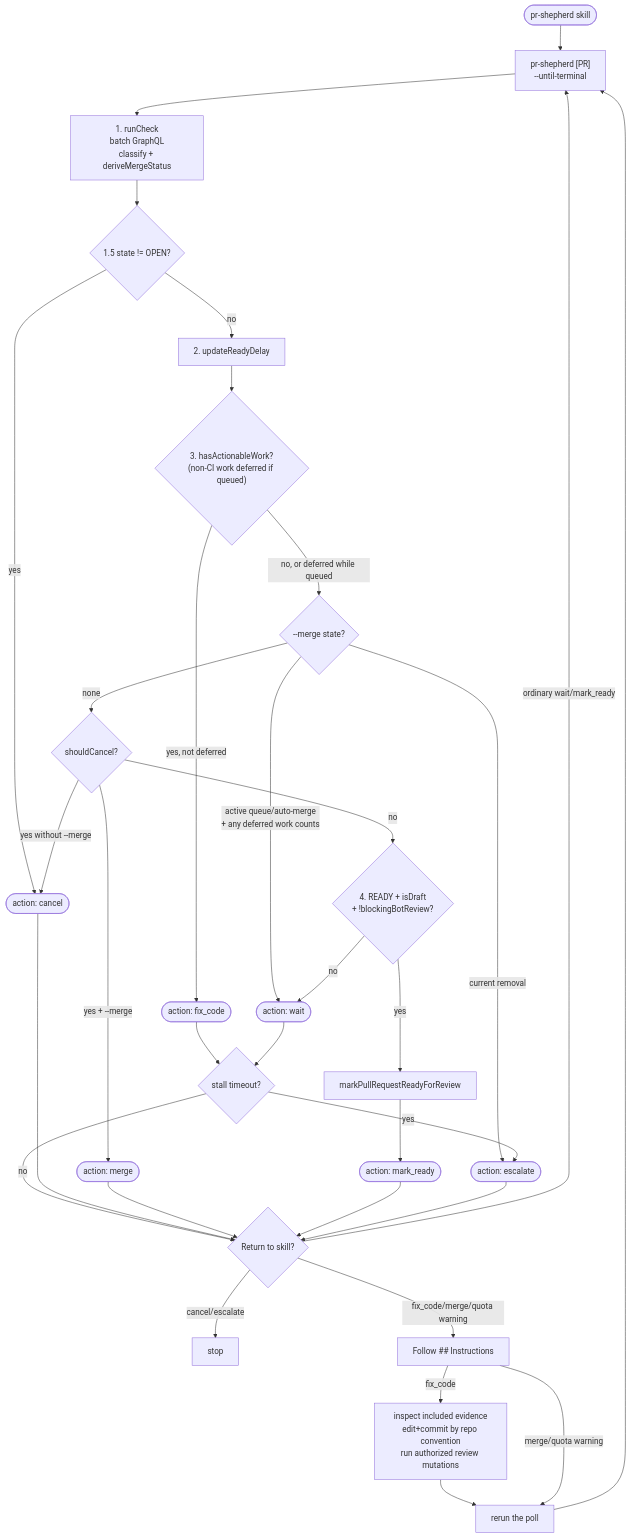
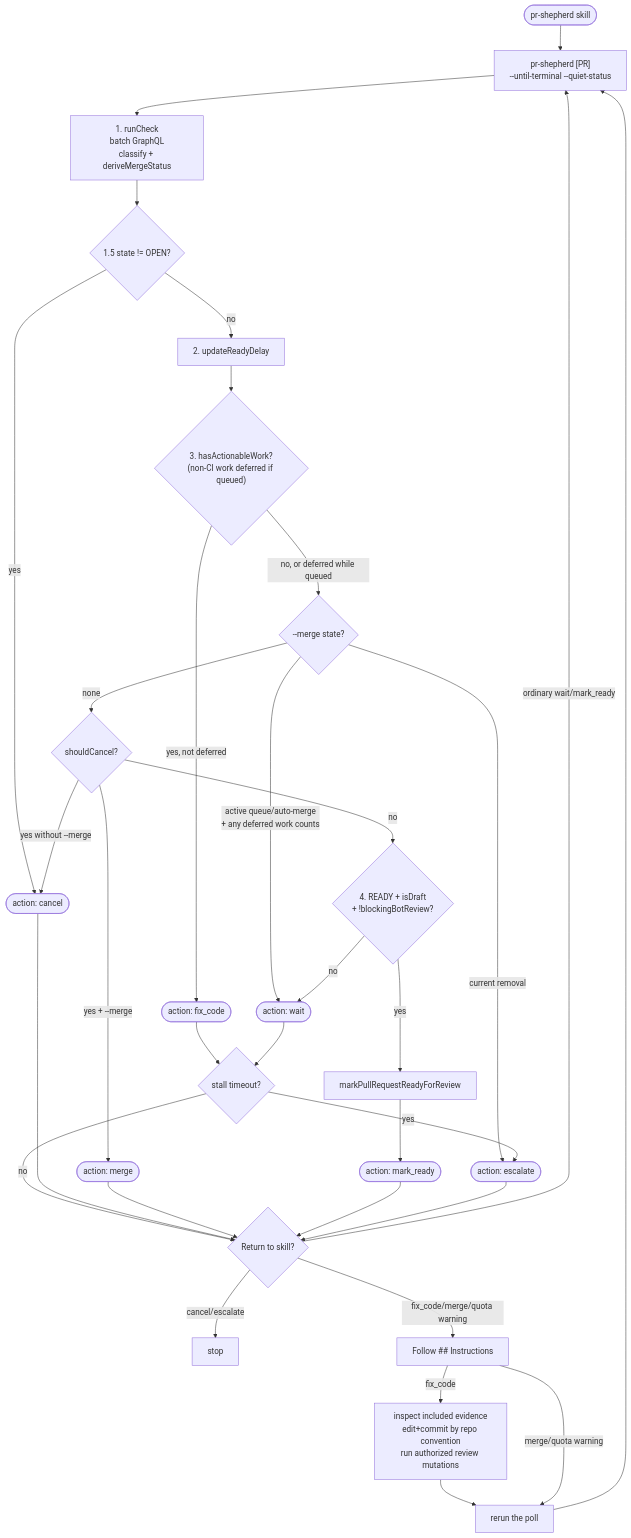
The diagram in docs/iterate-flow.md (jonathanong/pr-shepherd), drawn with Mermaid before and after one commit. The commit also changed other lines of this file and 45 other files, not shown here.

First line of the commit message:
feat(poll): default quiet status and keep agents silent

````diff
--- a/docs/iterate-flow.md
+++ b/docs/iterate-flow.md
@@ -9,40 +9,40 @@
 ```mermaid
 flowchart TD
-  U(["pr-shepherd skill"]) --> POLL["pr-shepherd [PR]<br/>--until-terminal"]
+  U(["pr-shepherd skill"]) --> POLL["pr-shepherd [PR]<br/>--until-terminal --quiet-status"]
 
   POLL --> S1["1. runCheck<br/>batch GraphQL<br/>classify + deriveMergeStatus"]
 
   S1 --> S15{"1.5 state != OPEN?"}
   S15 -->|yes| A_CAN(["action: cancel"])
   S15 -->|no| S2["2. updateReadyDelay"]
   S2 --> S3{"3. hasActionableWork?<br/>(non-CI work deferred if queued)"}
   S3 -->|yes, not deferred| A_FIX(["action: fix_code"])
   S3 -->|no, or deferred while queued| SM{"--merge state?"}
   SM -->|active queue/auto-merge<br/>+ any deferred work counts| A_W(["action: wait"])
   SM -->|current removal| A_ESC(["action: escalate"])
   SM -->|none| S2C{"shouldCancel?"}
   S2C -->|yes + --merge| A_MERGE(["action: merge"])
   S2C -->|yes without --merge| A_CAN
   S2C -->|no| S4{"4. READY + isDraft<br/>+ !blockingBotReview?"}
   S4 -->|yes| S4X["markPullRequestReadyForReview"]
   S4X --> A_MR(["action: mark_ready"])
   S4 -->|no| A_W(["action: wait"])
 
   A_FIX --> STALL{"stall timeout?"}
   A_W --> STALL
   STALL -->|yes| A_ESC(["action: escalate"])
   STALL -->|no| RESULT{"Return to skill?"}
 
   A_CAN --> RESULT
   A_MERGE --> RESULT
   A_MR --> RESULT
   A_ESC --> RESULT
 
   RESULT -->|ordinary wait/mark_ready| POLL
   RESULT -->|cancel/escalate| STOP["stop"]
   RESULT -->|fix_code/merge/quota warning| DEC["Follow ## Instructions"]
   DEC -->|fix_code| FIX["inspect included evidence<br/>edit+commit by repo convention<br/>run authorized review mutations"]
   FIX --> RERUN["rerun the poll"]
   DEC -->|merge/quota warning| RERUN
   RERUN --> POLL
 ```
````
